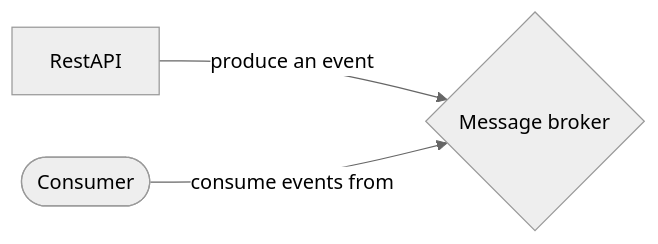
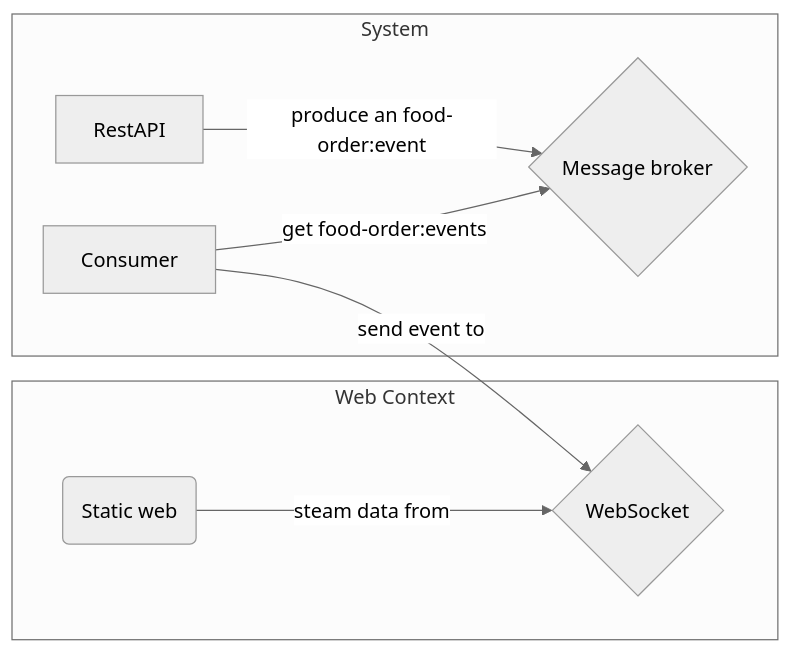
One commit to Armando-Torres/event-driven changed the diagram in README.md. Above: the diagram before and after it, drawn with Mermaid (neutral theme). The commit also changed other lines of this file, not shown here.

````diff
--- a/README.md
+++ b/README.md
@@ -26,5 +36,12 @@
 ```mermaid
-graph LR;
-    A[RestAPI] -- produce an event --> B{Message broker}
-    C([Consumer]) -- consume events from -->B;
+graph LR
+    subgraph Web Context
+        E(Static web) -- steam data from --> D
+    end
+    
+    subgraph System
+        A[RestAPI] -- produce an food-order:event --> B{Message broker}
+        C[Consumer] -- get food-order:events --> B
+        C -- send event to --> D{WebSocket}
+    end
 ```
````
